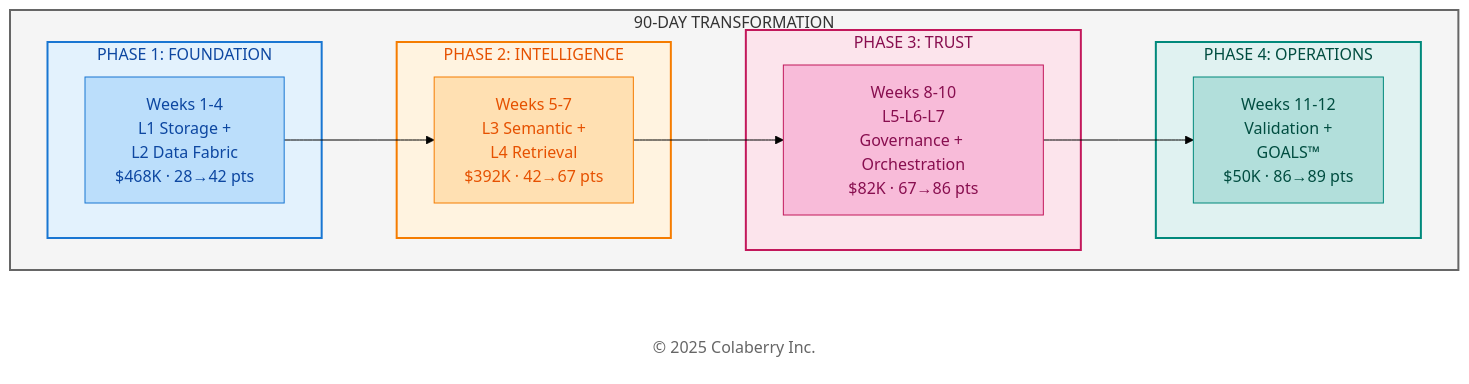
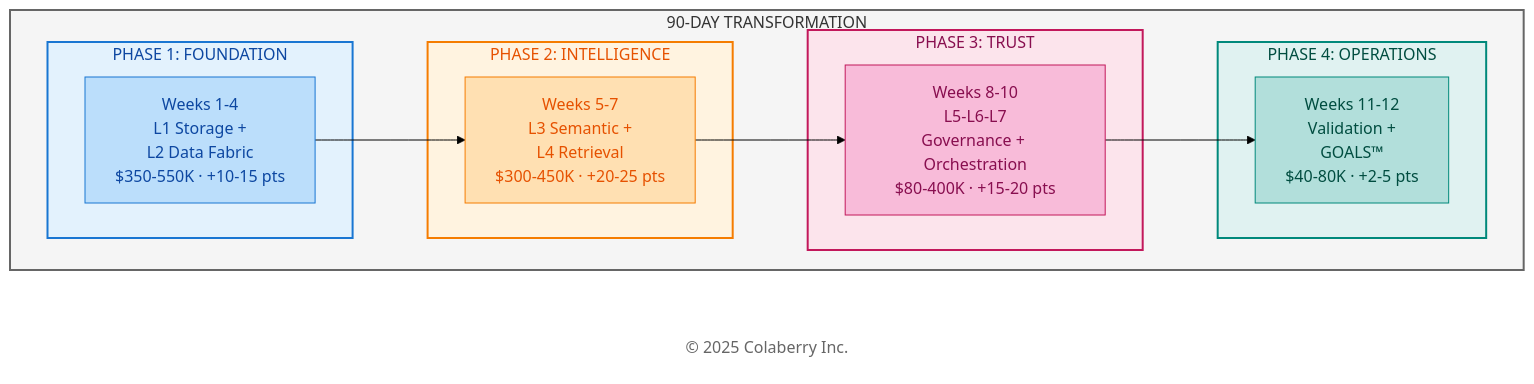
The second of 8 diagrams in manuscript/11_chapter_10_week_by_week_implementation.md (saitejesh-cyber/trust-before-intelligence-book), drawn with Mermaid (forest theme) before and after one commit. The commit also changed other lines of this file and 2 other files, not shown here.

````diff
--- a/manuscript/11_chapter_10_week_by_week_implementation.md
+++ b/manuscript/11_chapter_10_week_by_week_implementation.md
@@ -127,38 +141,38 @@
 ```mermaid
 
 graph LR
     subgraph JOURNEY["90-DAY TRANSFORMATION"]
         direction LR
         subgraph PHASE1["PHASE 1: FOUNDATION"]
-            P1["Weeks 1-4<br/>L1 Storage +<br/> L2 Data Fabric<br/>$468K · 28→42 pts"]
+            P1["Weeks 1-4<br/>L1 Storage +<br/> L2 Data Fabric<br/>$350-550K · +10-15 pts"]
         end
         
         subgraph PHASE2["PHASE 2: INTELLIGENCE"]
-            P2["Weeks 5-7<br/>L3 Semantic +<br/> L4 Retrieval<br/>$392K · 42→67 pts"]
+            P2["Weeks 5-7<br/>L3 Semantic +<br/> L4 Retrieval<br/>$300-450K · +20-25 pts"]
         end
         
         subgraph PHASE3["PHASE 3: TRUST"]
-            P3["Weeks 8-10<br/>L5-L6-L7<br/>Governance + Orchestration<br/>$82K · 67→86 pts"]
+            P3["Weeks 8-10<br/>L5-L6-L7<br/>Governance + Orchestration<br/>$80-400K · +15-20 pts"]
         end
         
         subgraph PHASE4["PHASE 4: OPERATIONS"]
-            P4["Weeks 11-12<br/>Validation +<br/> GOALS™<br/>$50K · 86→89 pts"]
+            P4["Weeks 11-12<br/>Validation +<br/> GOALS™<br/>$40-80K · +2-5 pts"]
         end
     end
     
     Copyright["© 2025 Colaberry Inc."]
     
     P1 --> P2 --> P3 --> P4
     
     style JOURNEY fill:#f5f5f5,stroke:#666666,stroke-width:2px,color:#333333
     style PHASE1 fill:#e3f2fd,stroke:#1976d2,stroke-width:2px,color:#0d47a1
     style PHASE2 fill:#fff3e0,stroke:#f57c00,stroke-width:2px,color:#e65100
     style PHASE3 fill:#fce4ec,stroke:#c2185b,stroke-width:2px,color:#880e4f
     style PHASE4 fill:#e0f2f1,stroke:#00897b,stroke-width:2px,color:#004d40
     style P1 fill:#bbdefb,stroke:#1976d2,color:#0d47a1
     style P2 fill:#ffe0b2,stroke:#f57c00,color:#e65100
     style P3 fill:#f8bbd9,stroke:#c2185b,color:#880e4f
     style P4 fill:#b2dfdb,stroke:#00897b,color:#004d40
     style Copyright fill:#ffffff,stroke:none,color:#666666
 
 ```
````
